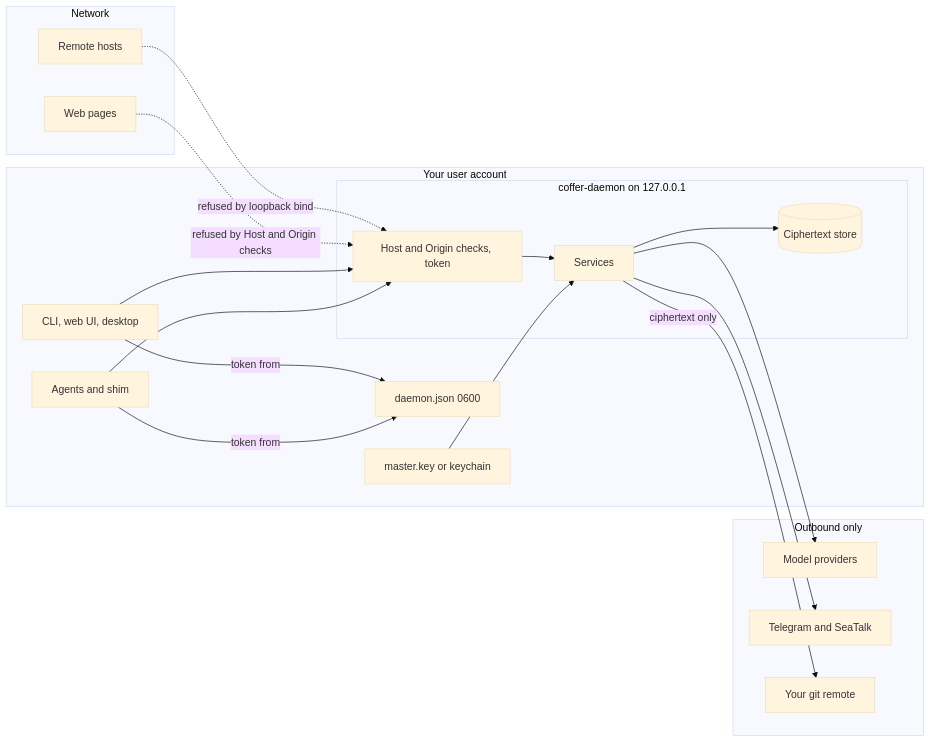
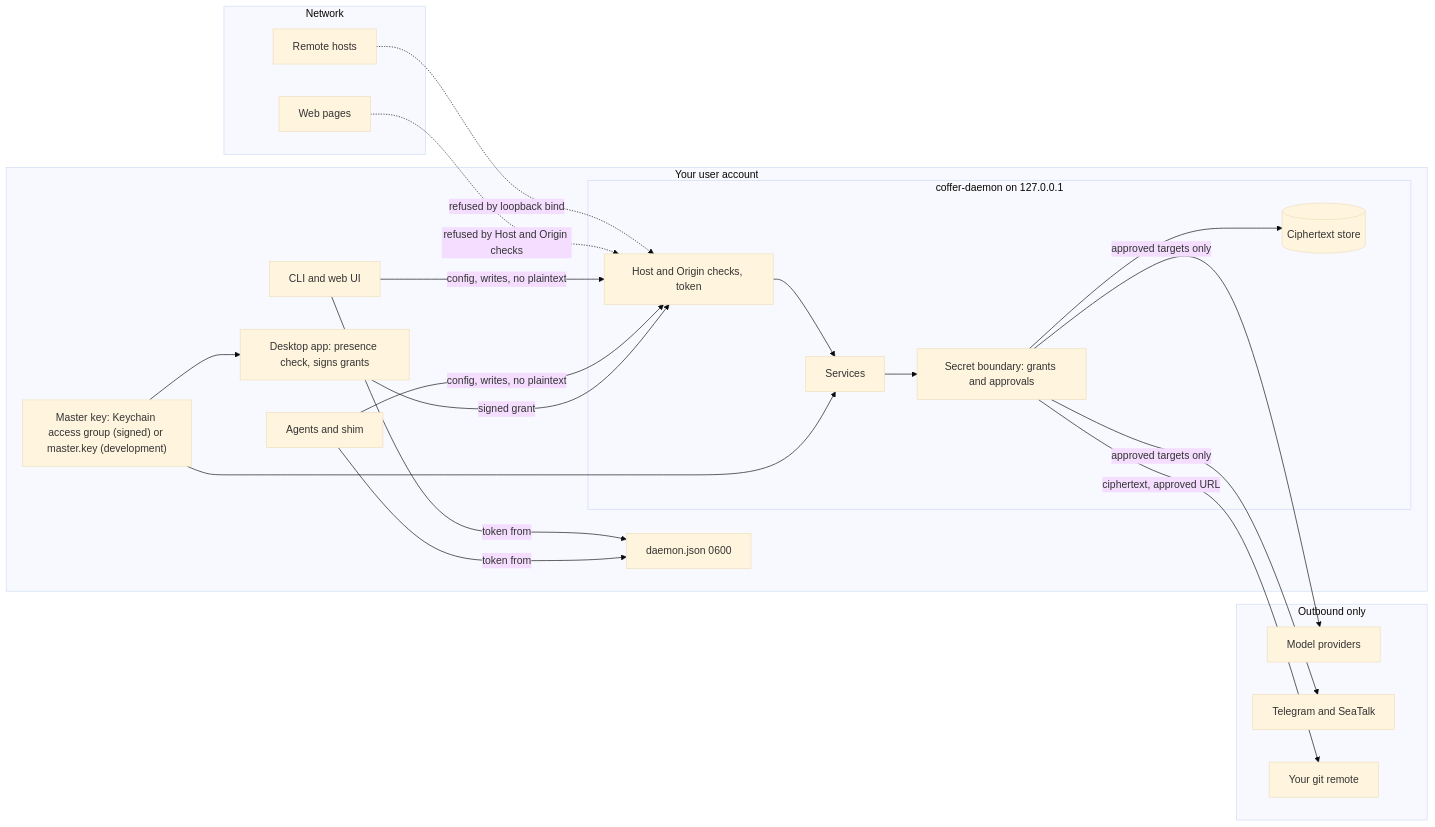
One commit to wyx-sg/Coffer changed the diagram in docs-site/architecture/security.md. Above: the diagram before and after it, drawn with Mermaid (base theme). The commit also changed other lines of this file and 160 other files, not shown here.

````diff
--- a/docs-site/architecture/security.md
+++ b/docs-site/architecture/security.md
@@ -38,35 +78,40 @@
 ```mermaid
 flowchart LR
   subgraph net["Network"]
     REMOTE["Remote hosts"]
     WEBPAGE["Web pages"]
   end
   subgraph user["Your user account"]
     AGENTS["Agents and shim"]
-    CLIENTS["CLI, web UI, desktop"]
+    CLIENTS["CLI and web UI"]
     DJ["daemon.json 0600"]
     subgraph daemon["coffer-daemon on 127.0.0.1"]
       GUARD["Host and Origin checks, token"]
       CORE["Services"]
+      GATE["Secret boundary: grants and approvals"]
       STORE[("Ciphertext store")]
     end
-    KEY["master.key or keychain"]
+    APP["Desktop app: presence check, signs grants"]
+    KEY["Master key: Keychain access group (signed) or master.key (development)"]
   end
   subgraph ext["Outbound only"]
     PROV["Model providers"]
     IM["Telegram and SeaTalk"]
     GIT["Your git remote"]
   end
   REMOTE -.->|"refused by loopback bind"| GUARD
   WEBPAGE -.->|"refused by Host and Origin checks"| GUARD
   CLIENTS -->|token from| DJ
   AGENTS -->|token from| DJ
-  CLIENTS --> GUARD
-  AGENTS --> GUARD
+  CLIENTS -->|"config, writes, no plaintext"| GUARD
+  AGENTS -->|"config, writes, no plaintext"| GUARD
+  APP -->|"signed grant"| GUARD
   GUARD --> CORE
-  CORE --> STORE
+  CORE --> GATE
+  GATE --> STORE
   KEY --> CORE
-  CORE --> PROV
-  CORE --> IM
-  CORE -->|"ciphertext only"| GIT
+  KEY --> APP
+  GATE -->|"approved targets only"| PROV
+  GATE -->|"approved targets only"| IM
+  GATE -->|"ciphertext, approved URL"| GIT
 ```
````
